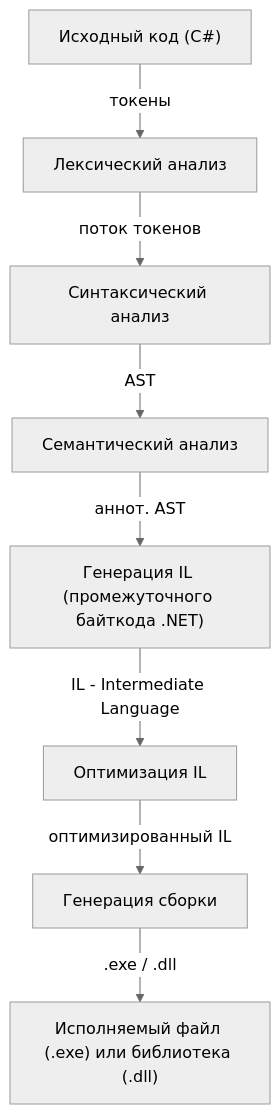
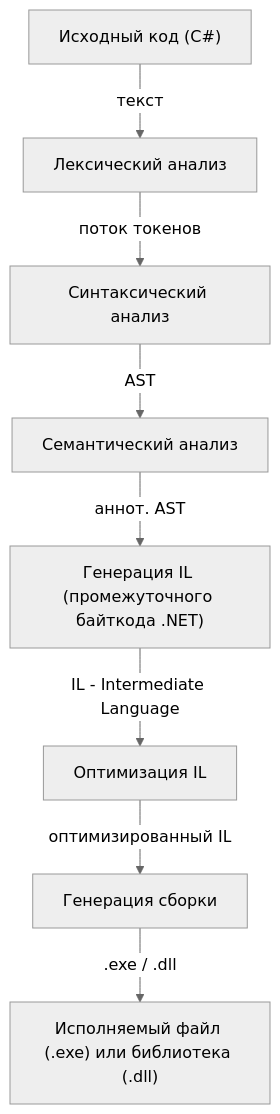
Before and after one commit to varvarkina/TAFL: the first of 2 diagrams in docs/theory/diagram.md, drawn with Mermaid (neutral theme). The commit also changed other lines of this file and 1045 other files, not shown here.

````diff
--- a/docs/theory/diagram.md
+++ b/docs/theory/diagram.md
@@ -7,19 +7,19 @@
 ```mermaid
 flowchart TD
-    SRC -->|токены| LEX
+    SRC -->|текст| LEX
     LEX -->|поток токенов| PAR
     PAR -->|AST| SEM
     SEM -->|аннот. AST| IRG
     IRG -->|IL - Intermediate Language| OPT
     OPT -->|оптимизированный IL| CG
     CG -->|.exe / .dll| OUT
     
     SRC["Исходный код (C#)"]
     LEX["Лексический анализ"]
     PAR["Синтаксический анализ"]
     SEM["Семантический анализ"]
     IRG["Генерация IL (промежуточного байткода .NET)"]
     OPT["Оптимизация IL"]
     CG["Генерация сборки"]
     OUT["Исполняемый файл (.exe) или библиотека (.dll)"]
 ```
````
